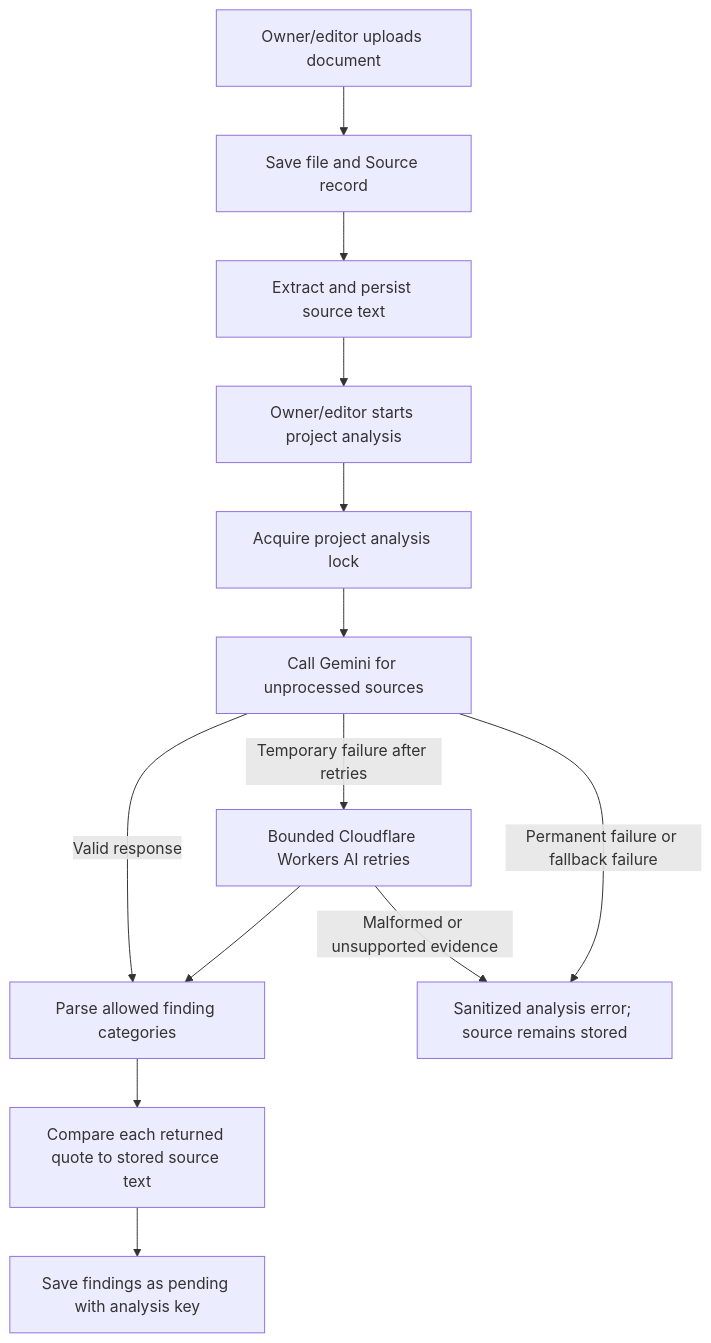
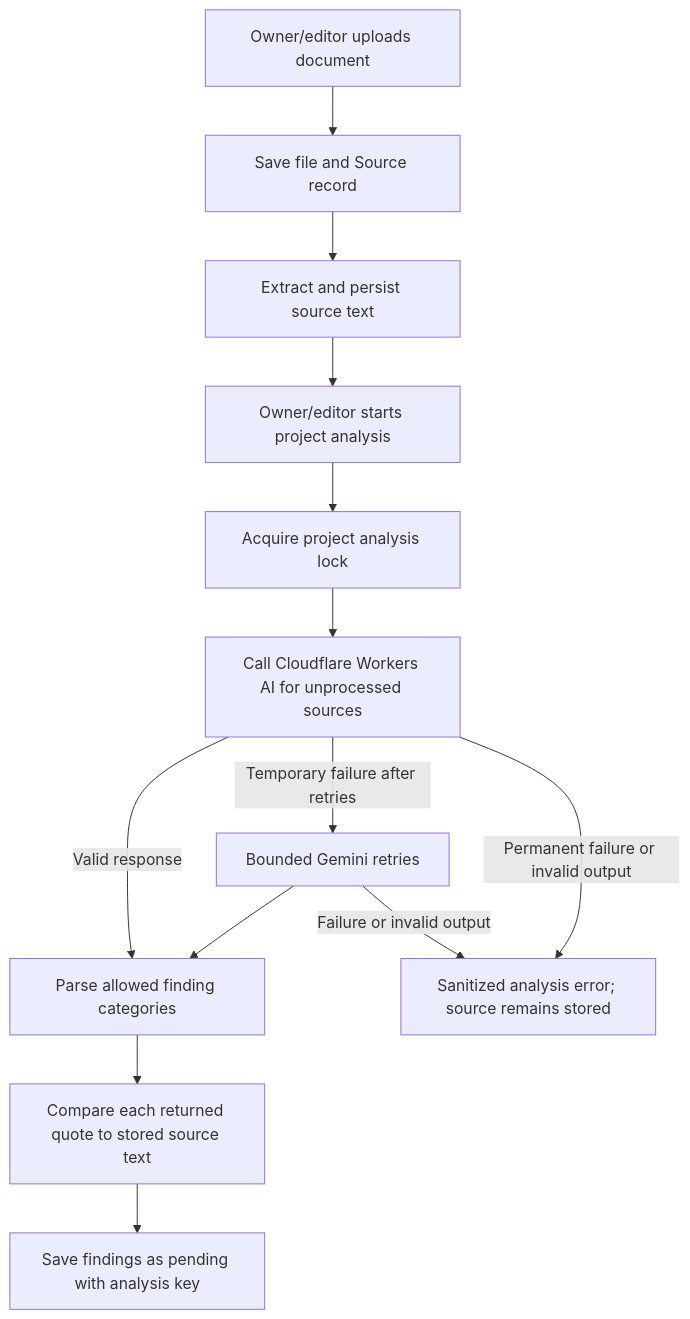
The second of 4 diagrams in docs/ARCHITECTURE.md (cooodddeee-hub/RELAY), drawn with Mermaid before and after one commit. The commit also changed other lines of this file and 8 other files, not shown here.

Commit message:
feat: prioritize Cloudflare Workers AI for analysis

````diff
--- a/docs/ARCHITECTURE.md
+++ b/docs/ARCHITECTURE.md
@@ -84,15 +84,15 @@
 ```mermaid
 flowchart TD
     Upload[Owner/editor uploads document] --> Store[Save file and Source record]
     Store --> Extract[Extract and persist source text]
     Extract --> Request[Owner/editor starts project analysis]
     Request --> Lock[Acquire project analysis lock]
-    Lock --> Gemini[Call Gemini for unprocessed sources]
-    Gemini -->|Valid response| Parse[Parse allowed finding categories]
-    Gemini -->|Temporary failure after retries| Cloudflare[Bounded Cloudflare Workers AI retries]
-    Cloudflare --> Parse
-    Cloudflare -->|Malformed or unsupported evidence| Error[Sanitized analysis error; source remains stored]
+    Lock --> Cloudflare[Call Cloudflare Workers AI for unprocessed sources]
+    Cloudflare -->|Valid response| Parse[Parse allowed finding categories]
+    Cloudflare -->|Temporary failure after retries| Gemini[Bounded Gemini retries]
+    Gemini --> Parse
+    Cloudflare -->|Permanent failure or invalid output| Error[Sanitized analysis error; source remains stored]
     Parse --> Verify[Compare each returned quote to stored source text]
     Verify --> Save[Save findings as pending with analysis key]
-    Gemini -->|Permanent failure or fallback failure| Error
+    Gemini -->|Failure or invalid output| Error
 ```
````
